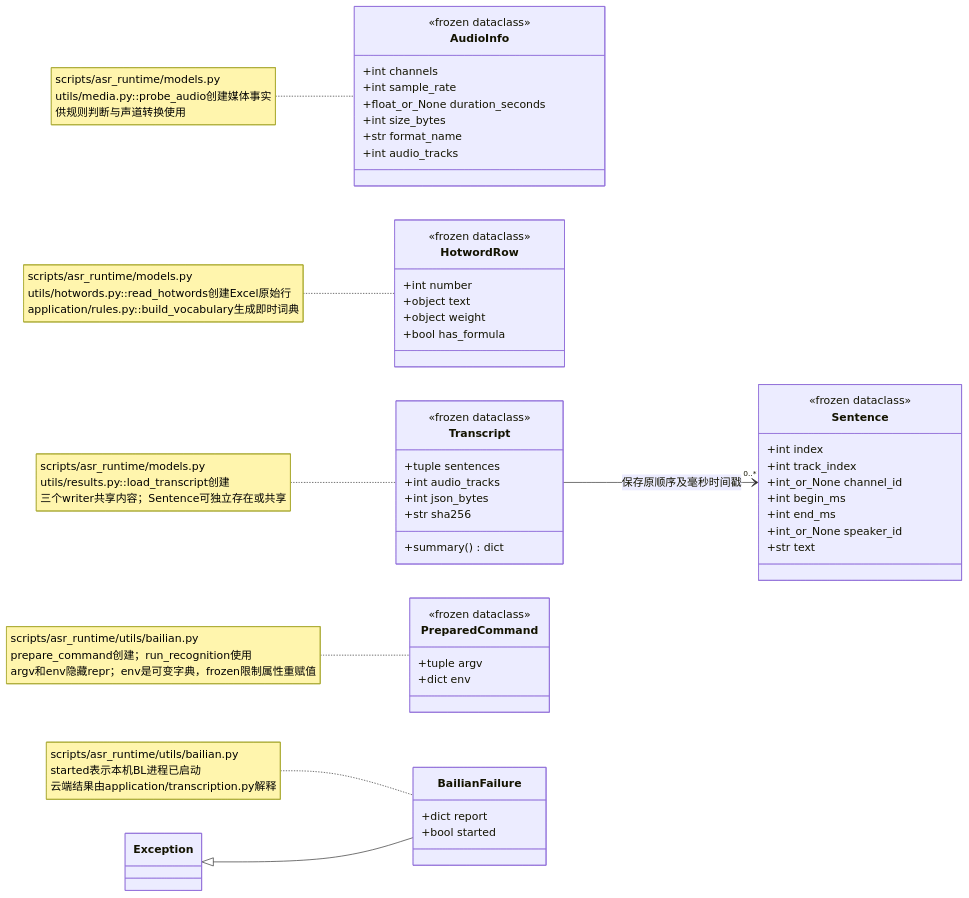
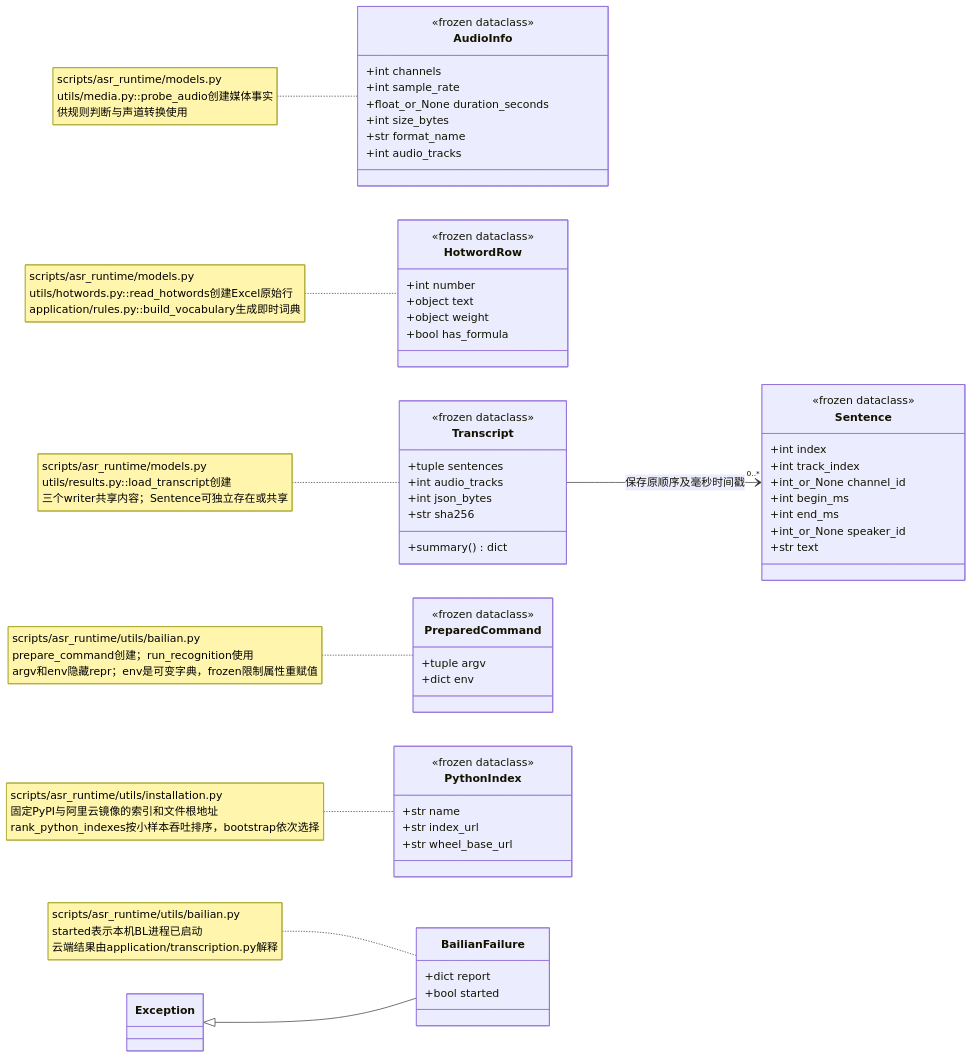
Before and after one commit to hx101700/asr-agent: the diagram in doc/uml/01b-data.mmd, drawn with Mermaid. The commit also changed 24 other files, not shown here.

```diff
--- a/doc/uml/01b-data.mmd
+++ b/doc/uml/01b-data.mmd
@@ -1,53 +1,60 @@
 classDiagram
 direction LR
 class AudioInfo {
   <<frozen dataclass>>
   +int channels
   +int sample_rate
   +float_or_None duration_seconds
   +int size_bytes
   +str format_name
   +int audio_tracks
 }
 class HotwordRow {
   <<frozen dataclass>>
   +int number
   +object text
   +object weight
   +bool has_formula
 }
 class Transcript {
   <<frozen dataclass>>
   +tuple sentences
   +int audio_tracks
   +int json_bytes
   +str sha256
   +summary() dict
 }
 class Sentence {
   <<frozen dataclass>>
   +int index
   +int track_index
   +int_or_None channel_id
   +int begin_ms
   +int end_ms
   +int_or_None speaker_id
   +str text
 }
 class PreparedCommand {
   <<frozen dataclass>>
   +tuple argv
   +dict env
 }
+class PythonIndex {
+  <<frozen dataclass>>
+  +str name
+  +str index_url
+  +str wheel_base_url
+}
 class BailianFailure {
   +dict report
   +bool started
 }
 class Exception
 Transcript --> "0..*" Sentence : 保存原顺序及毫秒时间戳
 Exception <|-- BailianFailure
 note for AudioInfo "scripts/asr_runtime/models.py<br/>utils/media.py::probe_audio创建媒体事实<br/>供规则判断与声道转换使用"
 note for HotwordRow "scripts/asr_runtime/models.py<br/>utils/hotwords.py::read_hotwords创建Excel原始行<br/>application/rules.py::build_vocabulary生成即时词典"
 note for Transcript "scripts/asr_runtime/models.py<br/>utils/results.py::load_transcript创建<br/>三个writer共享内容；Sentence可独立存在或共享"
 note for PreparedCommand "scripts/asr_runtime/utils/bailian.py<br/>prepare_command创建；run_recognition使用<br/>argv和env隐藏repr；env是可变字典，frozen限制属性重赋值"
+note for PythonIndex "scripts/asr_runtime/utils/installation.py<br/>固定PyPI与阿里云镜像的索引和文件根地址<br/>rank_python_indexes按小样本吞吐排序，bootstrap依次选择"
 note for BailianFailure "scripts/asr_runtime/utils/bailian.py<br/>started表示本机BL进程已启动<br/>云端结果由application/transcription.py解释"
```
